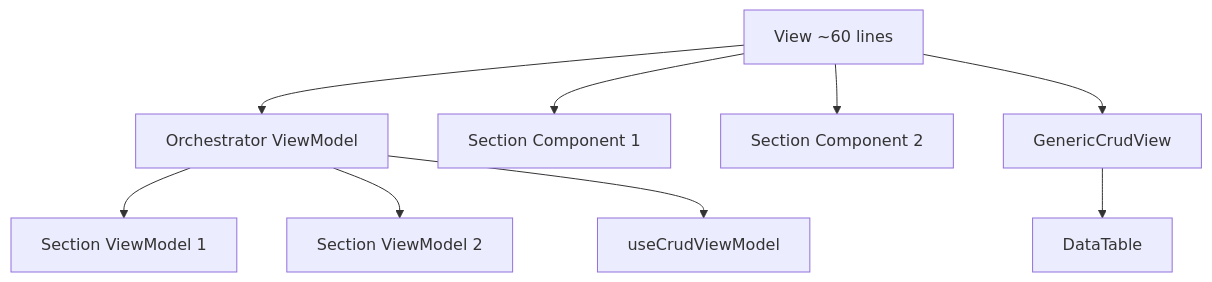
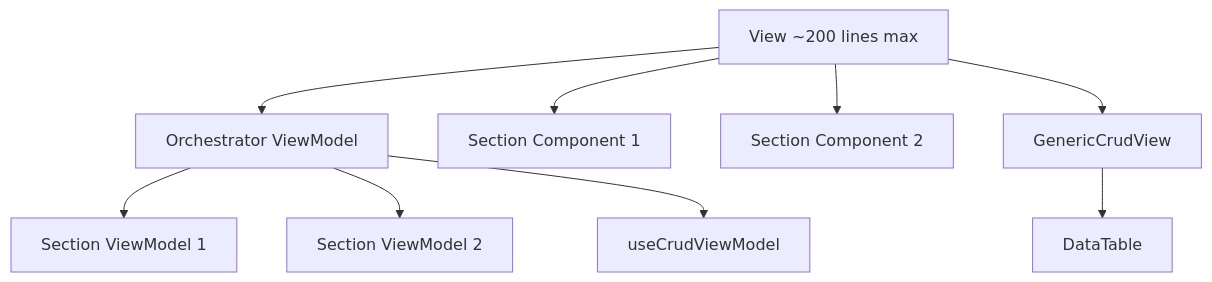
One commit to SCRIPE-org/SCRIPE-Frontend changed the diagram in docs/architecture/view-viewmodel-rules.md. Above: the diagram before and after it, drawn with Mermaid. The commit also changed other lines of this file and 69 other files, not shown here.

````diff
--- a/docs/architecture/view-viewmodel-rules.md
+++ b/docs/architecture/view-viewmodel-rules.md
@@ -15,11 +15,11 @@
 ```mermaid
 graph TB
-    V[View ~60 lines] --> OVM[Orchestrator ViewModel]
+    V[View ~200 lines max] --> OVM[Orchestrator ViewModel]
     OVM --> VM1[Section ViewModel 1]
     OVM --> VM2[Section ViewModel 2]
     OVM --> CVM[useCrudViewModel]
     V --> SC1[Section Component 1]
     V --> SC2[Section Component 2]
     V --> GCV[GenericCrudView]
     GCV --> DT[DataTable]
 ```
````
